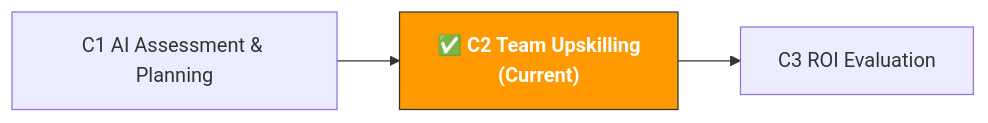
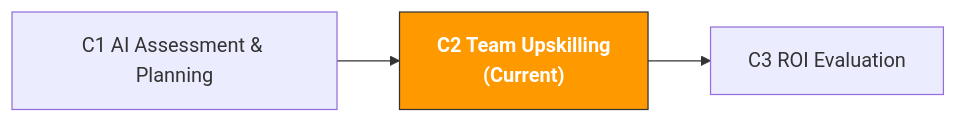
Before and after one commit to kangise/ecommerce-ai-roadmap: the diagram in en/paths/c-managers/c2-team-building.md, drawn with Mermaid. The commit also changed other lines of this file and 185 other files, not shown here.

````diff
--- a/en/paths/c-managers/c2-team-building.md
+++ b/en/paths/c-managers/c2-team-building.md
@@ -14,9 +14,9 @@
 ```mermaid
 flowchart LR
-    C1["C1 AI Assessment & Planning"]
-    C1 --> C2
-    C2["✅ C2 Team Upskilling<br/>(Current)"]:::current
-    C2 --> C3
-    C3["C3 ROI Evaluation"]
-    classDef current fill:#ff9900,stroke:#333,color:#fff,font-weight:bold
+C1["C1 AI Assessment & Planning"]
+C1 --> C2
+C2[" C2 Team Upskilling<br/>(Current)"]:::current
+C2 --> C3
+C3["C3 ROI Evaluation"]
+classDef current fill:#ff9900,stroke:#333,color:#fff,font-weight:bold
 ```
````
